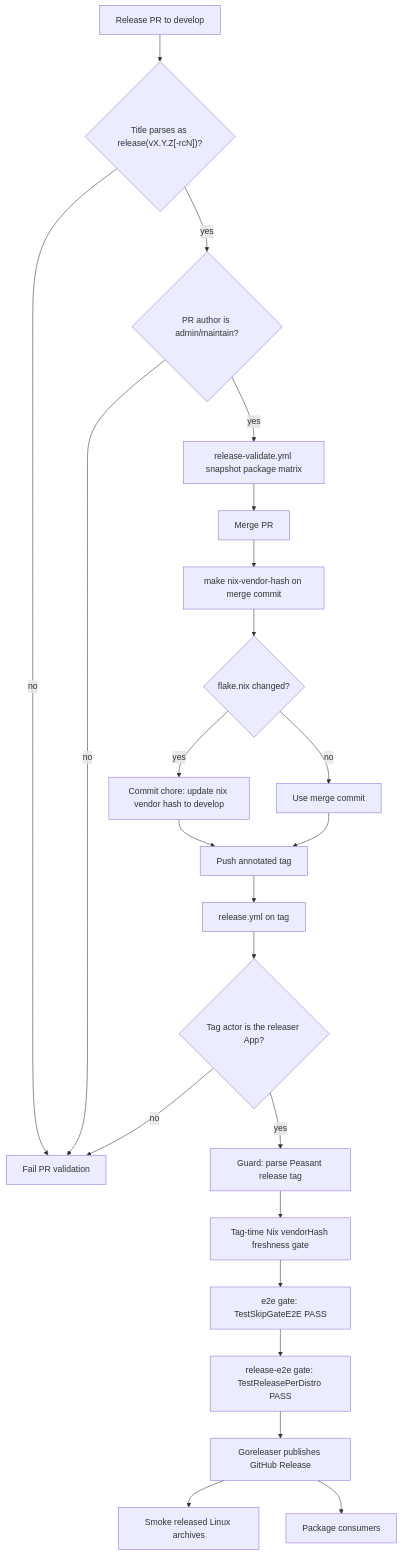
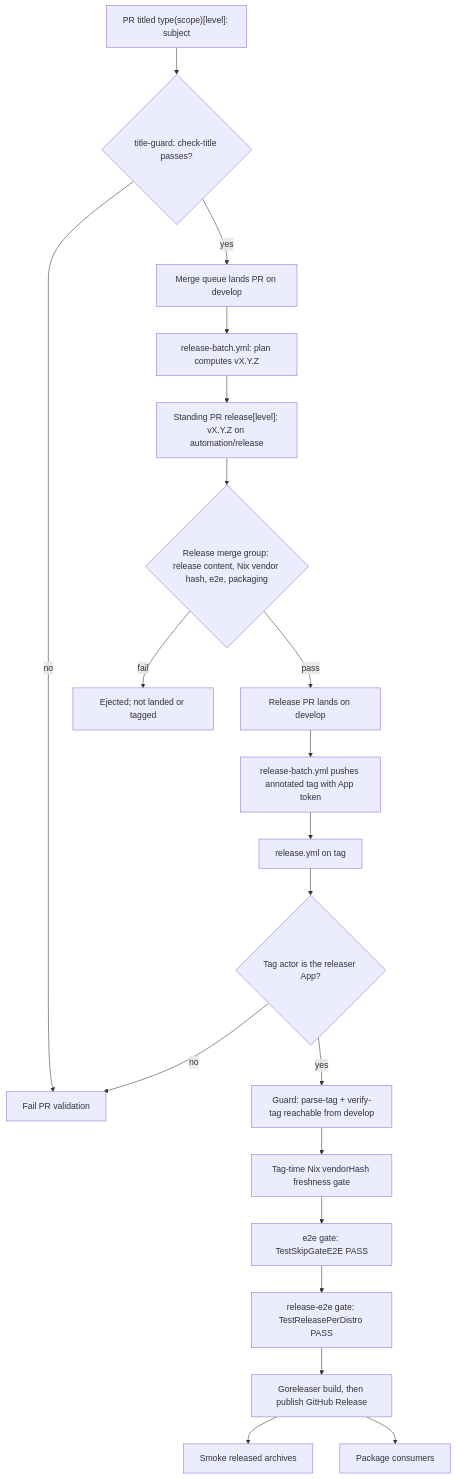
The first of 4 diagrams in docs/release-architecture.md (peasant-labs/peasant), drawn with Mermaid before and after one commit. The commit also changed other lines of this file and 1 other file, not shown here.

Commit message:
docs(release): describe the computed-release flow and retire the release-guard grammar

````diff
--- a/docs/release-architecture.md
+++ b/docs/release-architecture.md
@@ -37,25 +38,22 @@
 ```mermaid
 flowchart TD
-  A[Release PR to develop] --> B{"Title parses as release(vX.Y.Z[-rcN])?"}
+  A["PR titled type(scope)[level]: subject"] --> B{title-guard: check-title passes?}
   B -- no --> X[Fail PR validation]
-  B -- yes --> C{PR author is admin/maintain?}
-  C -- no --> X
-  C -- yes --> D[release-validate.yml snapshot package matrix]
-  D --> F[Merge PR]
-  F --> H[make nix-vendor-hash on merge commit]
-  H --> I{flake.nix changed?}
-  I -- yes --> J[Commit chore: update nix vendor hash to develop]
-  I -- no --> K[Use merge commit]
-  J --> L[Push annotated tag]
-  K --> L
+  B -- yes --> C[Merge queue lands PR on develop]
+  C --> D["release-batch.yml: plan computes vX.Y.Z"]
+  D --> E["Standing PR release[level]: vX.Y.Z on automation/release"]
+  E --> F{"Release merge group: release content, Nix vendor hash, e2e, packaging"}
+  F -- fail --> X2[Ejected; not landed or tagged]
+  F -- pass --> G[Release PR lands on develop]
+  G --> L[release-batch.yml pushes annotated tag with App token]
   L --> M[release.yml on tag]
   M --> V{Tag actor is the releaser App?}
   V -- no --> X
-  V -- yes --> N[Guard: parse Peasant release tag]
+  V -- yes --> N[Guard: parse-tag + verify-tag reachable from develop]
   N --> O[Tag-time Nix vendorHash freshness gate]
   O --> E2[e2e gate: TestSkipGateE2E PASS]
   E2 --> RE[release-e2e gate: TestReleasePerDistro PASS]
-  RE --> P[Goreleaser publishes GitHub Release]
-  P --> Q[Smoke released Linux archives]
+  RE --> P[Goreleaser build, then publish GitHub Release]
+  P --> Q[Smoke released archives]
   P --> R[Package consumers]
 ```
````
